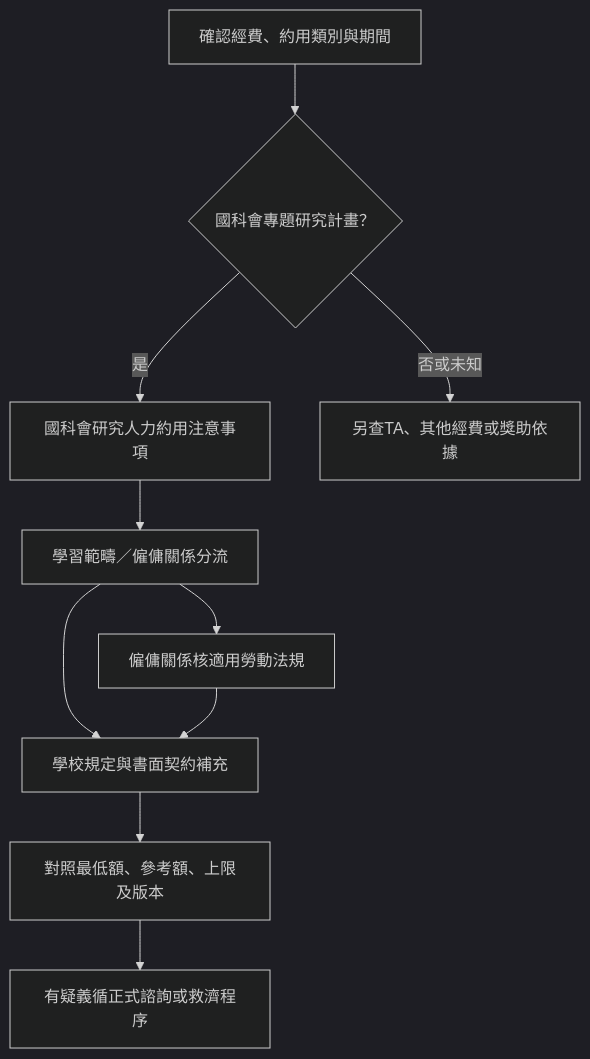
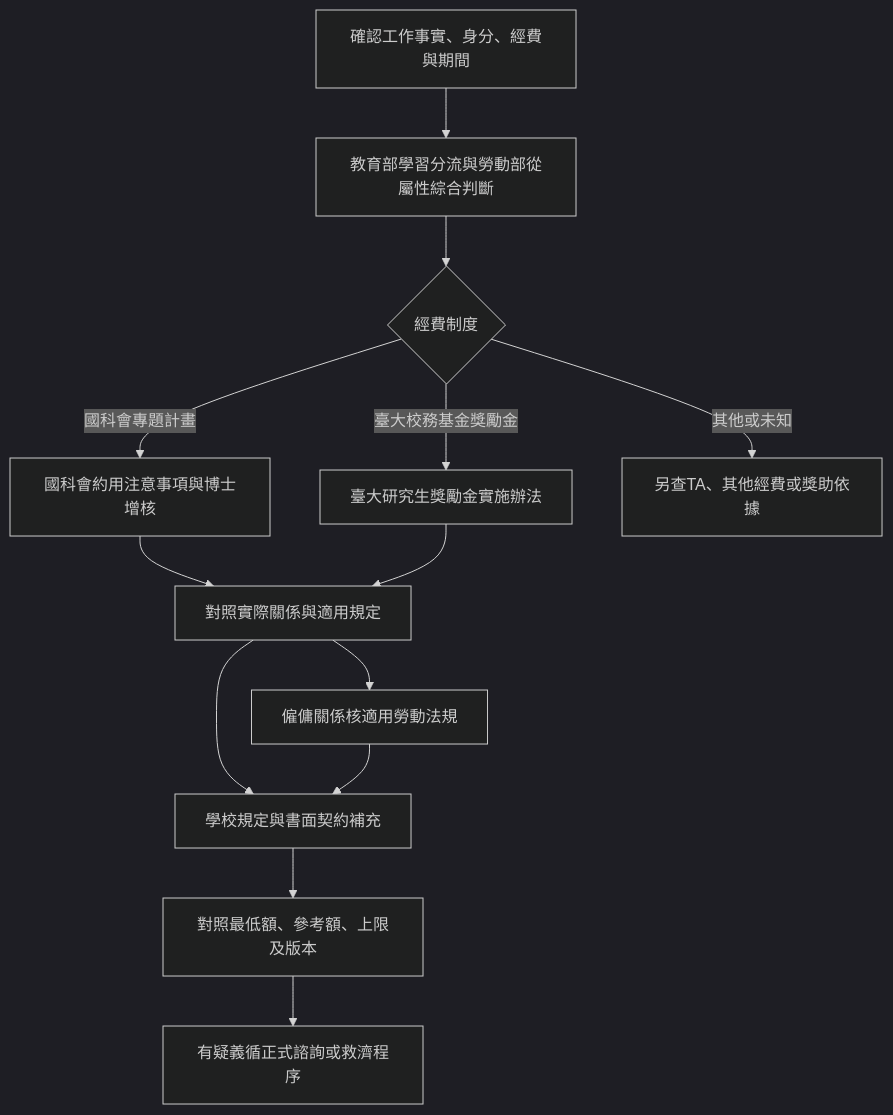
Before and after one commit to matt-ye/opengsa: the diagram in docs/RIGHTS-SOURCES.md, drawn with Mermaid (dark theme). The commit also changed other lines of this file and 3 other files, not shown here.

````diff
--- a/docs/RIGHTS-SOURCES.md
+++ b/docs/RIGHTS-SOURCES.md
@@ -11,12 +11,15 @@
 ```mermaid
 flowchart TD
- A[確認經費、約用類別與期間] --> B{國科會專題研究計畫？}
- B -->|是| C[國科會研究人力約用注意事項]
- B -->|否或未知| D[另查TA、其他經費或獎助依據]
- C --> E[學習範疇／僱傭關係分流]
+ A[確認工作事實、身分、經費與期間] --> L[教育部學習分流與勞動部從屬性綜合判斷]
+ L --> B{經費制度}
+ B -->|國科會專題計畫| C[國科會約用注意事項與博士增核]
+ B -->|臺大校務基金獎勵金| T[臺大研究生獎勵金實施辦法]
+ B -->|其他或未知| D[另查TA、其他經費或獎助依據]
+ C --> E[對照實際關係與適用規定]
+ T --> E
  E --> F[僱傭關係核適用勞動法規]
  E --> G[學校規定與書面契約補充]
  F --> G
  G --> H[對照最低額、參考額、上限及版本]
  H --> I[有疑義循正式諮詢或救濟程序]
 ```
````
